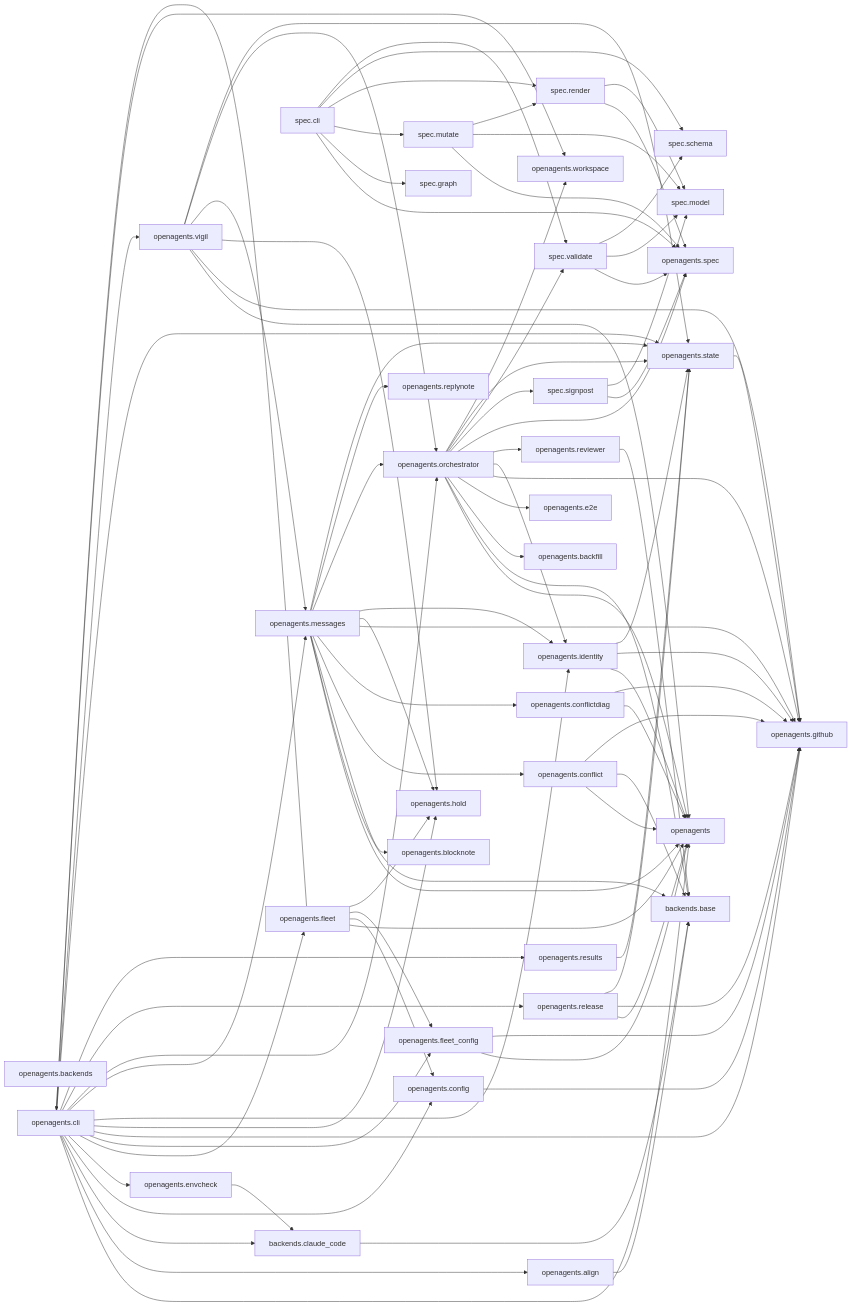
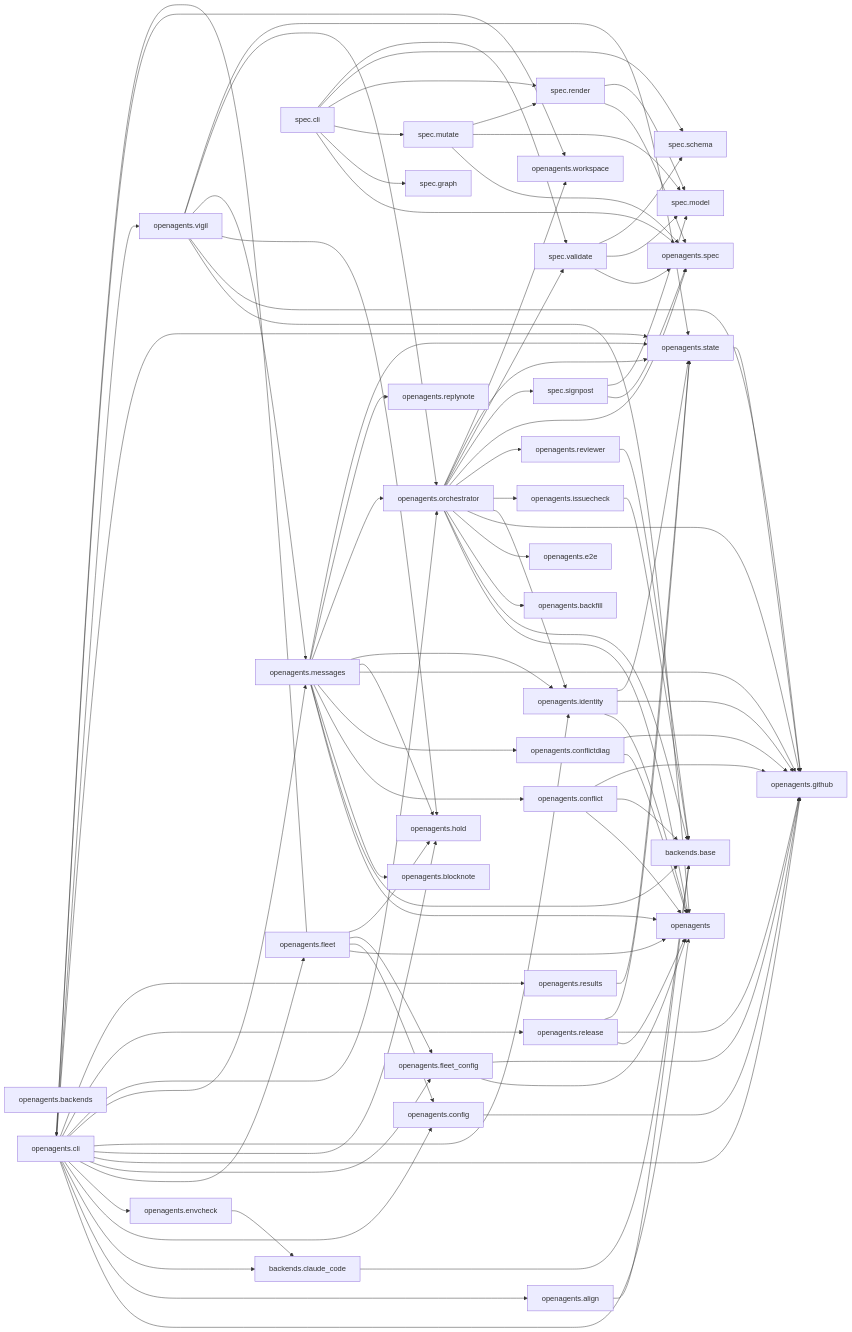
One commit to Curry09/OpenAgents changed the diagram in docs/specs/ARCHITECTURE.md. Above: the diagram before and after it, drawn with Mermaid. The commit also changed other lines of this file and 14 other files, not shown here.

```diff
--- a/docs/specs/ARCHITECTURE.md
+++ b/docs/specs/ARCHITECTURE.md
@@ -83,6 +84,7 @@
     nopenagents_github["openagents.github"]
     nopenagents_hold["openagents.hold"]
     nopenagents_identity["openagents.identity"]
+    nopenagents_issuecheck["openagents.issuecheck"]
     nopenagents_messages["openagents.messages"]
     nopenagents_orchestrator["openagents.orchestrator"]
     nopenagents_release["openagents.release"]
@@ -137,6 +139,7 @@
     nopenagents_identity --> nopenagents
     nopenagents_identity --> nopenagents_github
     nopenagents_identity --> nopenagents_state
+    nopenagents_issuecheck --> nopenagents_backends_base
     nopenagents_messages --> nopenagents
     nopenagents_messages --> nopenagents_backends_base
     nopenagents_messages --> nopenagents_blocknote
@@ -154,6 +157,7 @@
     nopenagents_orchestrator --> nopenagents_e2e
     nopenagents_orchestrator --> nopenagents_github
     nopenagents_orchestrator --> nopenagents_identity
+    nopenagents_orchestrator --> nopenagents_issuecheck
     nopenagents_orchestrator --> nopenagents_reviewer
     nopenagents_orchestrator --> nopenagents_spec
     nopenagents_orchestrator --> nopenagents_spec_signpost
```
